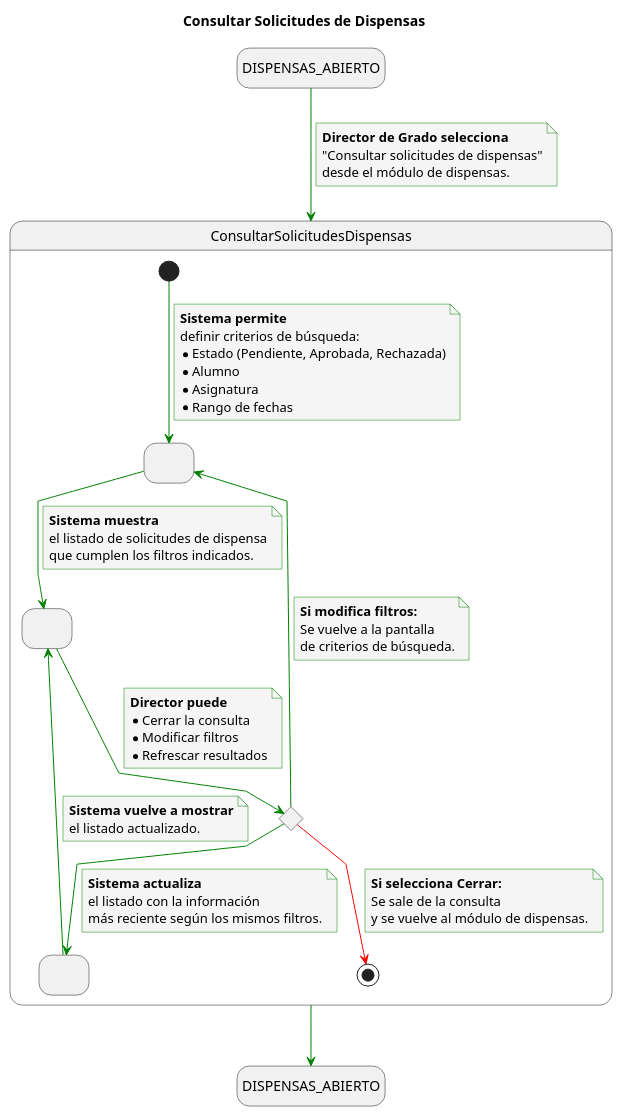
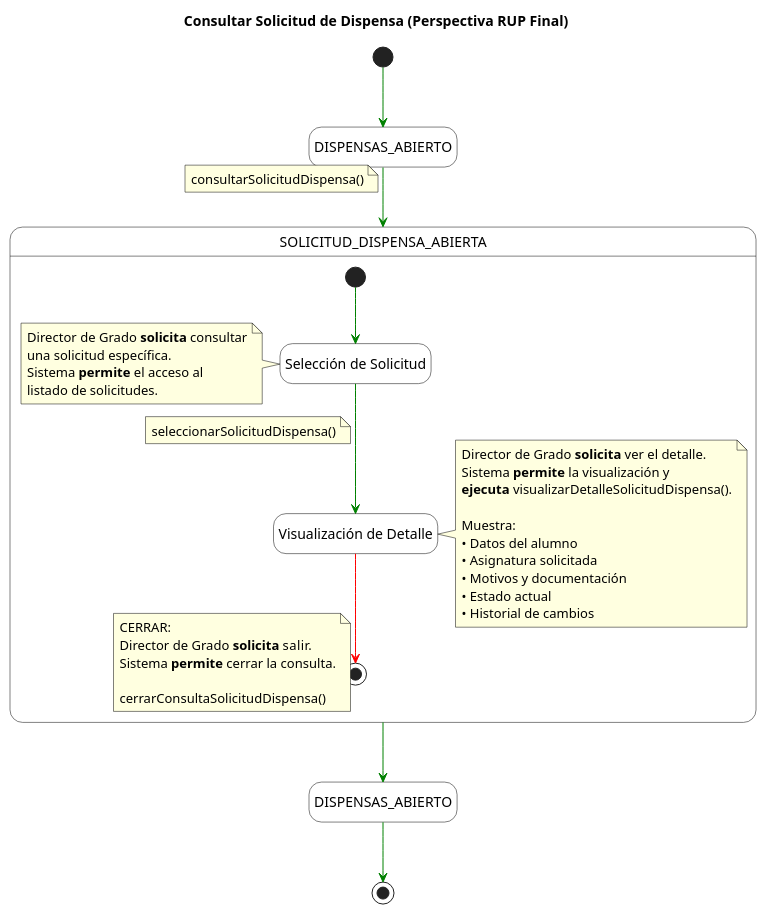
Before and after one commit to enmabry/25-26-IdSw1-SdR: the diagram in documents/CasosDeUso/DetalladoCasosDeUso/DirectorDeGrado/ConsultarSolicitudesDispensas.puml, drawn with PlantUML. The commit also changed 2 other files, not shown here.

Commit message:
Mejora del Detallado del CdU ConsultarSolicitudDispensa

```diff
--- a/documents/CasosDeUso/DetalladoCasosDeUso/DirectorDeGrado/ConsultarSolicitudesDispensas.puml
+++ b/documents/CasosDeUso/DetalladoCasosDeUso/DirectorDeGrado/ConsultarSolicitudesDispensas.puml
@@ -1,91 +1,69 @@
 @startuml
-title Consultar Solicitudes de Dispensas
+title Consultar Solicitud de Dispensa (Perspectiva RUP Final)
 
 skinparam {
-    NoteBackgroundColor #whiteSmoke
-    ArrowColor #green
-    NoteBorderColor #green
-    linetype polyline
+    StateBackgroundColor white
+    StateBorderColor black
+    NoteBackgroundColor lightyellow
+    NoteBorderColor black
+    ArrowColor green
+    linetype ortho
 }
 
 hide empty description
 
-state startState as "DISPENSAS_ABIERTO"
-state endState as "DISPENSAS_ABIERTO"
+state "DISPENSAS_ABIERTO" as startState <<sdlreceive>>
+state "DISPENSAS_ABIERTO" as endState <<sdlreceive>>
 
-startState --> ConsultarSolicitudesDispensas
+[*] -[#green]-> startState
+
+startState -[#green]-> SOLICITUD_DISPENSA_ABIERTA
 note on link
-    <b>Director de Grado selecciona</b>
-    "Consultar solicitudes de dispensas"
-    desde el módulo de dispensas.
+    consultarSolicitudDispensa()
 end note
 
-state ConsultarSolicitudesDispensas {
-    state DefinirFiltros as " "
-    state MostrarListado as " "
-    state FinalizarOpciones <<choice>>
-
-    ' 1. Definición de filtros de búsqueda
-    [*] --> DefinirFiltros
+state SOLICITUD_DISPENSA_ABIERTA {
+    [*] -[#green]-> SeleccionarSolicitud
+    
+    state "Selección de Solicitud" as SeleccionarSolicitud <<sdlreceive>>
+    note left of SeleccionarSolicitud
+        Director de Grado <b>solicita</b> consultar
+        una solicitud específica.
+        Sistema <b>permite</b> el acceso al
+        listado de solicitudes.
+    end note
+    
+    SeleccionarSolicitud -[#green]-> VisualizarDetalle
     note on link
-        <b>Sistema permite</b>
-        definir criterios de búsqueda:
-        * Estado (Pendiente, Aprobada, Rechazada)
-        * Alumno
-        * Asignatura
-        * Rango de fechas
+        seleccionarSolicitudDispensa()
     end note
-
-    ' 2. Visualización del listado resultante
-    DefinirFiltros --> MostrarListado
+    
+    state "Visualización de Detalle" as VisualizarDetalle <<sdlreceive>>
+    note right of VisualizarDetalle
+        Director de Grado <b>solicita</b> ver el detalle.
+        Sistema <b>permite</b> la visualización y
+        <b>ejecuta</b> visualizarDetalleSolicitudDispensa().
+        
+        Muestra:
+        • Datos del alumno
+        • Asignatura solicitada
+        • Motivos y documentación
+        • Estado actual
+        • Historial de cambios
+    end note
+    
+    VisualizarDetalle -[#red]-> [*]
     note on link
-        <b>Sistema muestra</b>
-        el listado de solicitudes de dispensa
-        que cumplen los filtros indicados.
-    end note
-
-    ' 3. Opciones finales: cerrar, cambiar filtros, refrescar
-    MostrarListado --> FinalizarOpciones
-    note on link
-        <b>Director puede</b>
-        * Cerrar la consulta
-        * Modificar filtros
-        * Refrescar resultados
-    end note
-
-    ' --- FLUJO ALTERNATIVO (Cerrar - Camino Rojo) ---
-    FinalizarOpciones -[#red]-> [*]
-    note on link
-        <b>Si selecciona Cerrar:</b>
-        Se sale de la consulta
-        y se vuelve al módulo de dispensas.
-    end note
-
-    ' --- FLUJO ALTERNATIVO (Modificar filtros) ---
-    FinalizarOpciones --> DefinirFiltros
-    note on link
-        <b>Si modifica filtros:</b>
-        Se vuelve a la pantalla
-        de criterios de búsqueda.
-    end note
-
-    ' --- FLUJO BÁSICO (Refrescar resultados) ---
-    FinalizarOpciones --> RefrescarResultados
-
-    state RefrescarResultados as " "
-    note on link
-        <b>Sistema actualiza</b>
-        el listado con la información
-        más reciente según los mismos filtros.
-    end note
-
-    RefrescarResultados --> MostrarListado
-    note on link
-        <b>Sistema vuelve a mostrar</b>
-        el listado actualizado.
+        CERRAR:
+        Director de Grado <b>solicita</b> salir.
+        Sistema <b>permite</b> cerrar la consulta.
+        
+        cerrarConsultaSolicitudDispensa()
     end note
 }
 
-ConsultarSolicitudesDispensas --> endState
+SOLICITUD_DISPENSA_ABIERTA -[#green]-> endState
+
+endState -[#green]-> [*]
 
 @enduml
```
